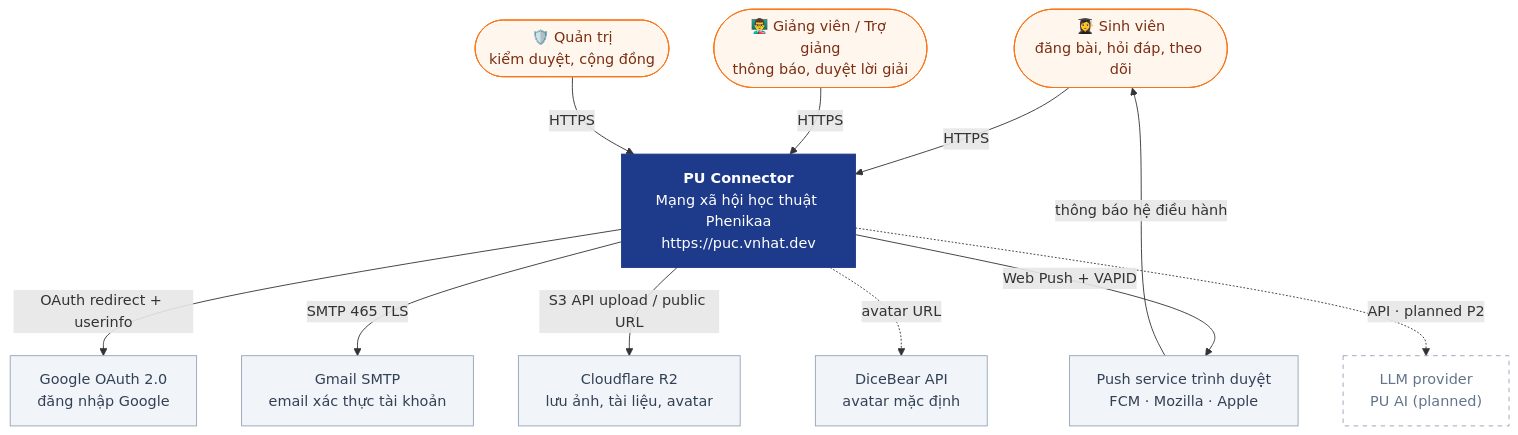
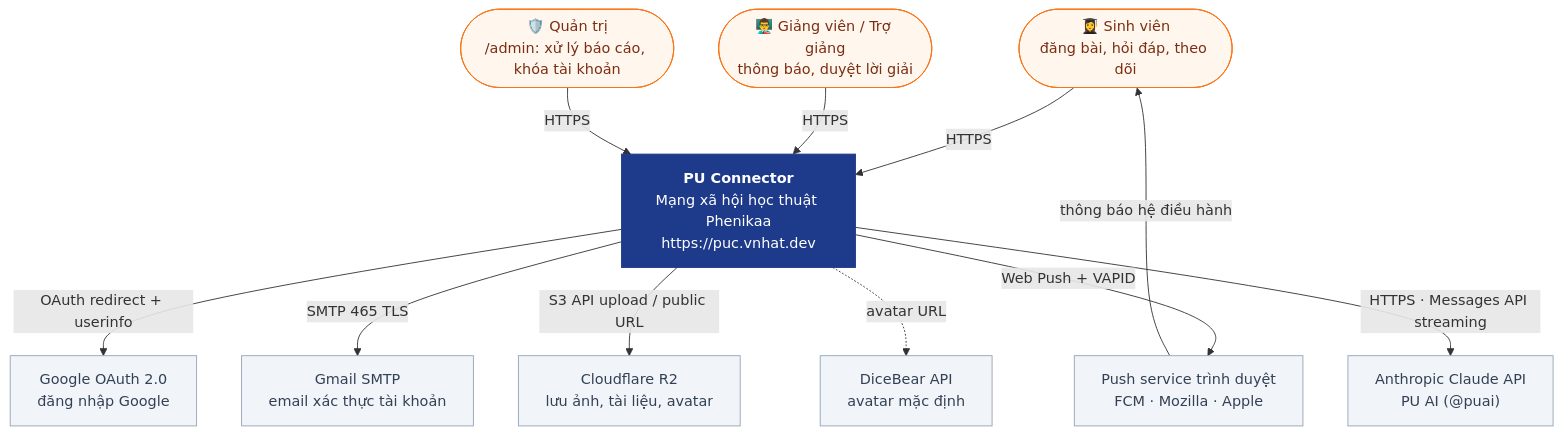
One commit to nhatcoi/pu-connect changed the diagram in docs/diagrams/01-system-context.md. Above: the diagram before and after it, drawn with Mermaid. The commit also changed other lines of this file and 8 other files, not shown here.

Commit message:
docs: course hub, admin, messaging and AI, diagrams and ERD

````diff
--- a/docs/diagrams/01-system-context.md
+++ b/docs/diagrams/01-system-context.md
@@ -5,36 +5,35 @@
 ```mermaid
 flowchart TB
   student(["👩‍🎓 Sinh viên<br/>đăng bài, hỏi đáp, theo dõi"])
   lecturer(["👨‍🏫 Giảng viên / Trợ giảng<br/>thông báo, duyệt lời giải"])
-  admin(["🛡️ Quản trị<br/>kiểm duyệt, cộng đồng"])
+  admin(["🛡️ Quản trị<br/>/admin: xử lý báo cáo, khóa tài khoản"])
 
   puc["<b>PU Connector</b><br/>Mạng xã hội học thuật Phenikaa<br/>https://puc.vnhat.dev"]
 
   google["Google OAuth 2.0<br/>đăng nhập Google"]
   gmail["Gmail SMTP<br/>email xác thực tài khoản"]
   r2["Cloudflare R2<br/>lưu ảnh, tài liệu, avatar"]
   dicebear["DiceBear API<br/>avatar mặc định"]
   pushsvc["Push service trình duyệt<br/>FCM · Mozilla · Apple"]
-  llm["LLM provider<br/>PU AI (planned)"]
+  llm["Anthropic Claude API<br/>PU AI (@puai)"]
 
   student -->|HTTPS| puc
   lecturer -->|HTTPS| puc
   admin -->|HTTPS| puc
 
   puc -->|OAuth redirect + userinfo| google
   puc -->|SMTP 465 TLS| gmail
   puc -->|S3 API upload / public URL| r2
   puc -->|Web Push + VAPID| pushsvc
   pushsvc -->|thông báo hệ điều hành| student
   puc -.->|avatar URL| dicebear
-  puc -.->|API · planned P2| llm
+  puc -->|HTTPS · Messages API streaming| llm
 
   classDef system fill:#1e3a8a,stroke:#1e3a8a,color:#fff
   classDef external fill:#f1f5f9,stroke:#94a3b8,color:#334155
   classDef person fill:#fff7ed,stroke:#f97316,color:#7c2d12
   classDef planned fill:#fff,stroke:#94a3b8,color:#64748b,stroke-dasharray:5 5
   class puc system
-  class google,gmail,r2,dicebear,pushsvc external
+  class google,gmail,r2,dicebear,pushsvc,llm external
   class student,lecturer,admin person
-  class llm planned
 ```
````
